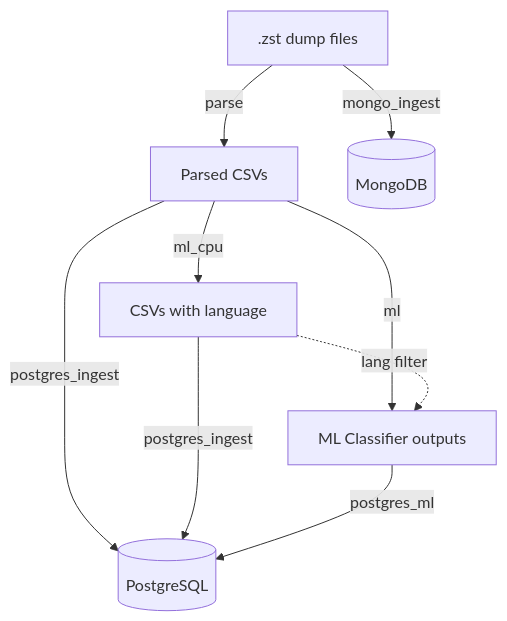
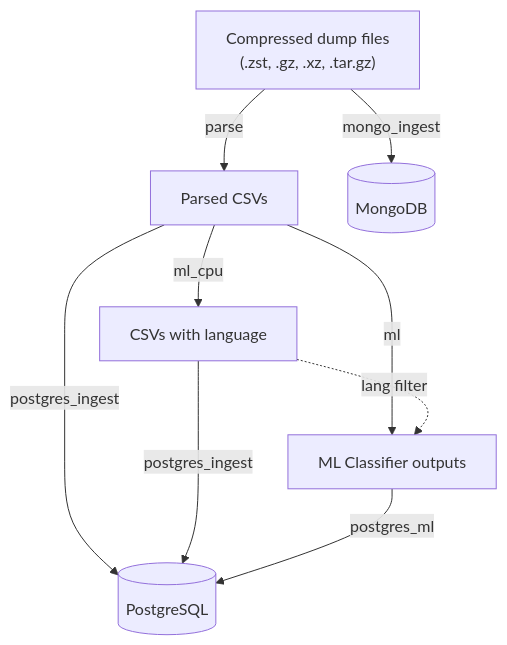
The diagram in README.md (joaopn/social-data-bridge), drawn with Mermaid before and after one commit. The commit also changed other lines of this file and 7 other files, not shown here.

````diff
--- a/README.md
+++ b/README.md
@@ -63,18 +68,18 @@
 ```mermaid
 flowchart TD
-    ZST[".zst dump files"]
+    ZST["Compressed dump files\n(.zst, .gz, .xz, .tar.gz)"]
     CSV["Parsed CSVs"]
     LINGUA["CSVs with language"]
     ML_OUT["ML Classifier outputs"]
     PG[(PostgreSQL)]
     MONGO[(MongoDB)]
 
     ZST -->|"parse"| CSV
     ZST -->|"mongo_ingest"| MONGO
     CSV -->|"ml_cpu"| LINGUA
     CSV -->|"ml"| ML_OUT
     LINGUA -.->|"lang filter"| ML_OUT
     CSV -->|"postgres_ingest"| PG
     LINGUA -->|"postgres_ingest"| PG
     ML_OUT -->|"postgres_ml"| PG
 ```
````
